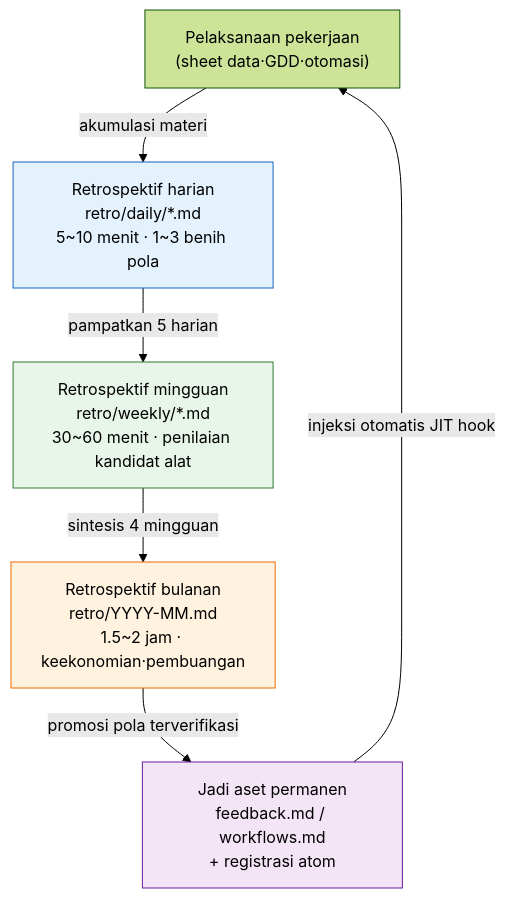
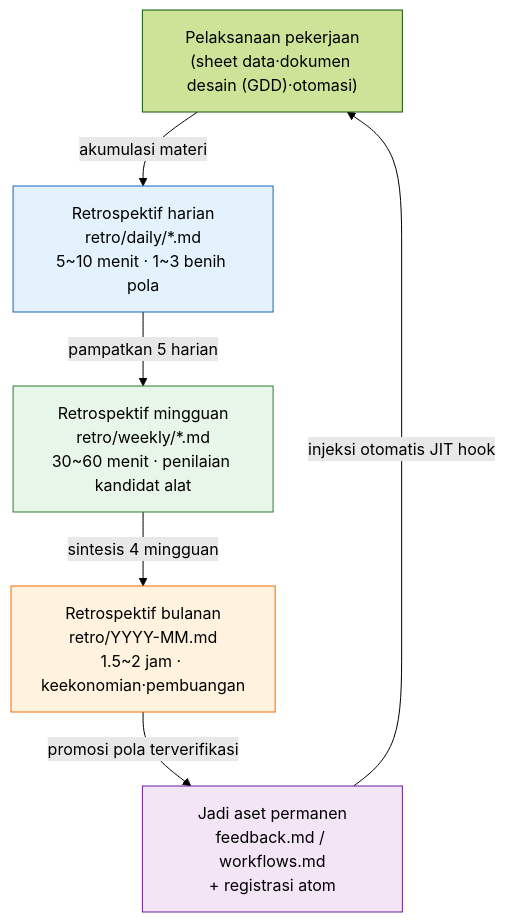
Before and after one commit to eremes81/game-design-ai-practice-id: the diagram in manuscript/part21-self-improving/chapter-1-retro-as-origin.md, drawn with Mermaid (forest theme). The commit also changed 63 other files, not shown here.

````diff
--- a/manuscript/part21-self-improving/chapter-1-retro-as-origin.md
+++ b/manuscript/part21-self-improving/chapter-1-retro-as-origin.md
@@ -79,12 +79,12 @@
 ```mermaid
 flowchart TD
-    W["Pelaksanaan pekerjaan<br/>(sheet data·GDD·otomasi)"] -->|akumulasi materi| D["Retrospektif harian<br/>retro/daily/*.md<br/>5~10 menit · 1~3 benih pola"]
+    W["Pelaksanaan pekerjaan<br/>(sheet data·dokumen desain (GDD)·otomasi)"] -->|akumulasi materi| D["Retrospektif harian<br/>retro/daily/*.md<br/>5~10 menit · 1~3 benih pola"]
     D -->|pampatkan 5 harian| WK["Retrospektif mingguan<br/>retro/weekly/*.md<br/>30~60 menit · penilaian kandidat alat"]
     WK -->|sintesis 4 mingguan| M["Retrospektif bulanan<br/>retro/YYYY-MM.md<br/>1.5~2 jam · keekonomian·pembuangan"]
     M -->|promosi pola terverifikasi| A["Jadi aset permanen<br/>feedback.md / workflows.md<br/>+ registrasi atom"]
     A -->|injeksi otomatis JIT hook| W
     style D fill:#e3f2fd,stroke:#1565c0
     style WK fill:#e8f5e9,stroke:#2e7d32
     style M fill:#fff3e0,stroke:#ef6c00
     style A fill:#f3e5f5,stroke:#6a1b9a
 ```
````
